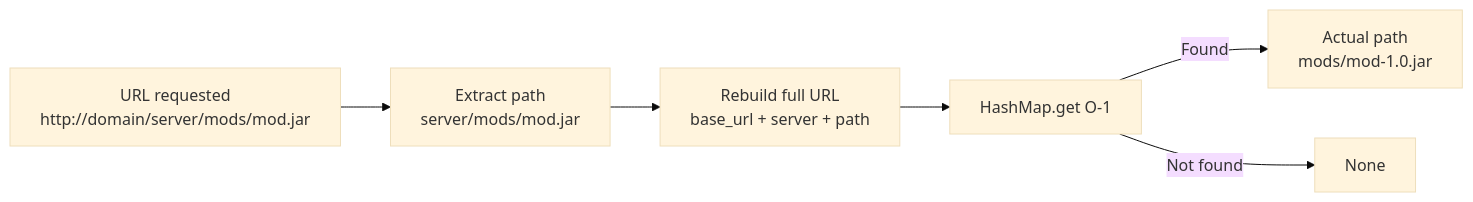
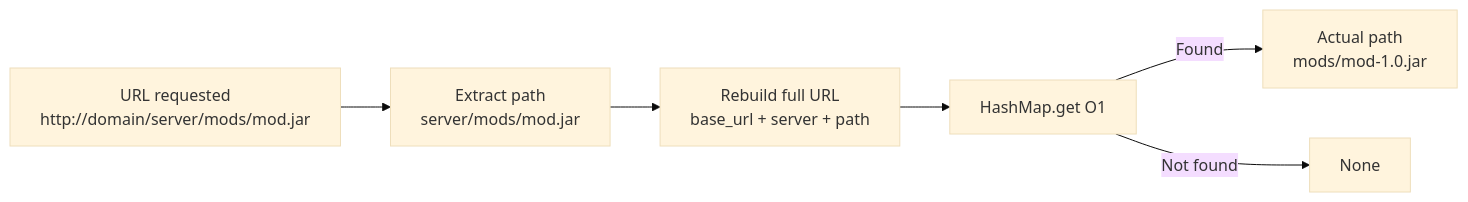
The second of 2 diagrams in crates/api/docs/file-serving.md (Lighty-Launcher/LightyUpdater), drawn with Mermaid (base theme) before and after one commit. The commit also changed 4 other files, not shown here.

Commit message:
patch mermaid

````diff
--- a/crates/api/docs/file-serving.md
+++ b/crates/api/docs/file-serving.md
@@ -85,9 +85,9 @@
 ```mermaid
 graph LR
     URL[URL requested<br/>http://domain/server/mods/mod.jar] --> Extract[Extract path<br/>server/mods/mod.jar]
     Extract --> FullURL[Rebuild full URL<br/>base_url + server + path]
-    FullURL --> Lookup[HashMap.get O-1]
+    FullURL --> Lookup[HashMap.get O1]
 
     Lookup -->|Found| ActualPath[Actual path<br/>mods/mod-1.0.jar]
     Lookup -->|Not found| None[None]
 ```
````
